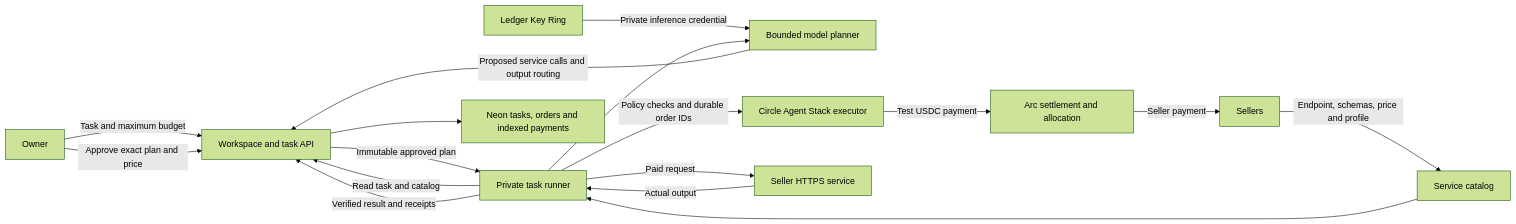
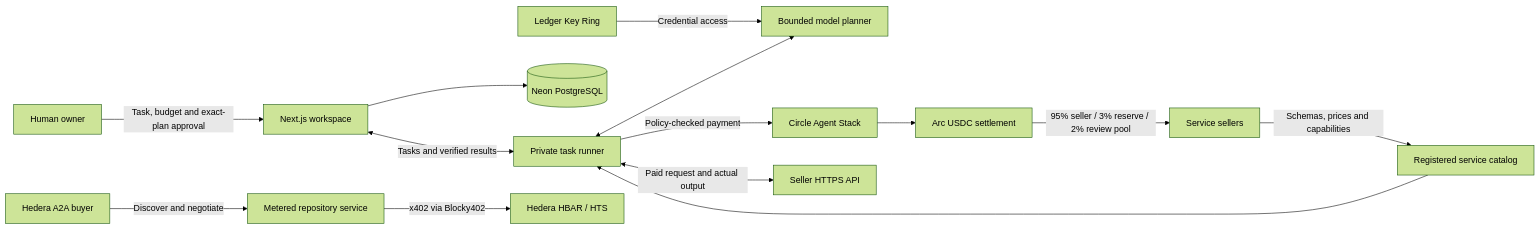
Before and after one commit to saiisback/obolos: the diagram in README.md, drawn with Mermaid (forest theme). The commit also changed other lines of this file and 3 other files, not shown here.

````diff
--- a/README.md
+++ b/README.md
@@ -89,19 +29,16 @@
 ```mermaid
 flowchart LR
-  Owner[Owner] -->|Task and maximum budget| App[Workspace and task API]
-  Sellers[Sellers] -->|Endpoint, schemas, price and profile| Catalog[Service catalog]
-  Runner[Private task runner] -->|Read task and catalog| App
-  Catalog --> Runner
-  Ring[Ledger Key Ring] -->|Private inference credential| Planner[Bounded model planner]
-  Runner --> Planner
-  Planner -->|Proposed service calls and output routing| App
-  Owner -->|Approve exact plan and price| App
-  App -->|Immutable approved plan| Runner
-  Runner -->|Policy checks and durable order IDs| Circle[Circle Agent Stack executor]
-  Circle -->|Test USDC payment| Arc[Arc settlement and allocation]
-  Arc -->|Seller payment| Sellers
-  Runner -->|Paid request| Service[Seller HTTPS service]
-  Service -->|Actual output| Runner
-  Runner -->|Verified result and receipts| App
-  App --> Neon[Neon tasks, orders and indexed payments]
+  Owner[Human owner] -->|Task, budget and exact-plan approval| App[Next.js workspace]
+  Sellers[Service sellers] -->|Schemas, prices and capabilities| Catalog[Registered service catalog]
+  Catalog --> Runner[Private task runner]
+  App <-->|Tasks and verified results| Runner
+  App --> DB[(Neon PostgreSQL)]
+  Ring[Ledger Key Ring] -->|Credential access| Planner[Bounded model planner]
+  Runner <--> Planner
+  Runner -->|Policy-checked payment| Circle[Circle Agent Stack]
+  Circle --> Arc[Arc USDC settlement]
+  Arc -->|95% seller / 3% reserve / 2% review pool| Sellers
+  Runner <-->|Paid request and actual output| API[Seller HTTPS API]
+  HederaBuyer[Hedera A2A buyer] -->|Discover and negotiate| Data[Metered repository service]
+  Data -->|x402 via Blocky402| Hedera[Hedera HBAR / HTS]
 ```
````
